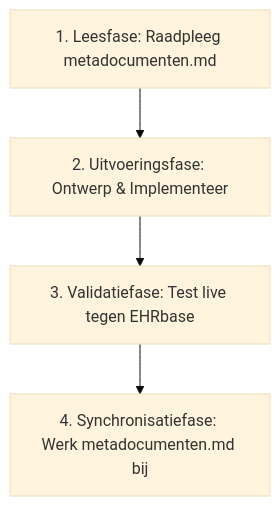
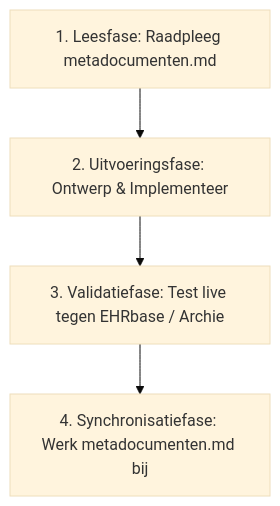
Before and after one commit to erik-jan-vlieger/OpenEHRDemo: the diagram in metameta.md, drawn with Mermaid (base theme). The commit also changed other lines of this file and 488 other files, not shown here.

````diff
--- a/metameta.md
+++ b/metameta.md
@@ -31,6 +31,6 @@
 ```mermaid
 graph TD
     A["1. Leesfase: Raadpleeg metadocumenten.md"] --> B["2. Uitvoeringsfase: Ontwerp & Implementeer"]
-    B --> C["3. Validatiefase: Test live tegen EHRbase"]
+    B --> C["3. Validatiefase: Test live tegen EHRbase / Archie"]
     C --> D["4. Synchronisatiefase: Werk metadocumenten.md bij"]
 ```
````
